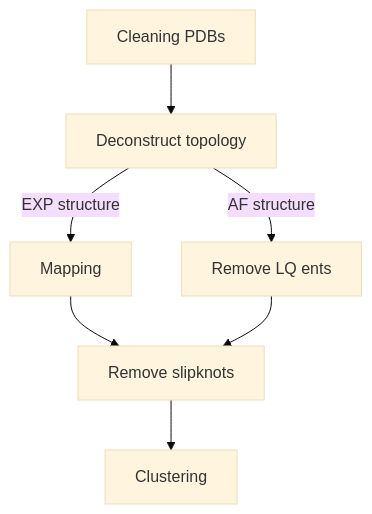
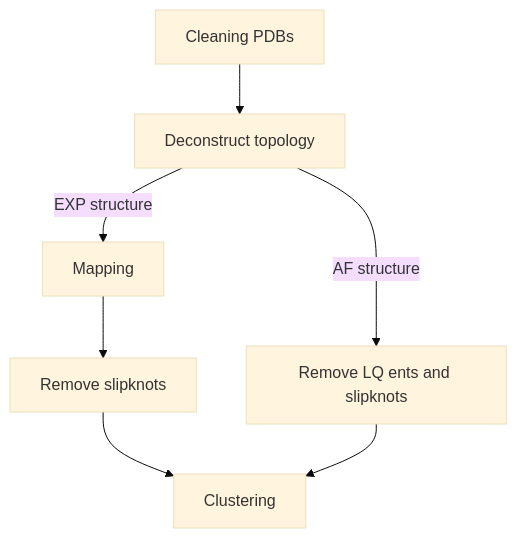
Before and after one commit to obrien-lab-psu/Failure-to-Form_Native_Entanglements: the diagram in Native_Entanglements_in_PDBs/README.md, drawn with Mermaid (base theme).

Commit message:
added mapping of entanglements to Native_Entanglements_in_PDBs

````diff
--- a/Native_Entanglements_in_PDBs/README.md
+++ b/Native_Entanglements_in_PDBs/README.md
@@ -7,8 +7,9 @@
 ```mermaid
 graph TD
     A[Cleaning PDBs] --> B[Deconstruct topology]
     B -- EXP structure --> C[Mapping] --> D[Remove slipknots] --> E[Clustering]
-    B -- AF structure --> F[Remove LQ ents] --> D
+    B -- AF structure --> F[Remove LQ ents and slipknots] --> E
     click A "https://github.com/obrien-lab-psu/Failure-to-Form_Native_Entanglements/tree/main/Native_Entanglements_in_PDBs#cleaning-pdbs"
     click B "https://github.com/obrien-lab-psu/Failure-to-Form_Native_Entanglements/tree/main/Native_Entanglements_in_PDBs#deconstructing-structure-topology-into-raw-entanglements"
+    click C "https://github.com/obrien-lab-psu/Failure-to-Form_Native_Entanglements/tree/main/Native_Entanglements_in_PDBs#mapping-of-experimental-pdb-resid-to-uniprot-canon"
 ``` 
````
